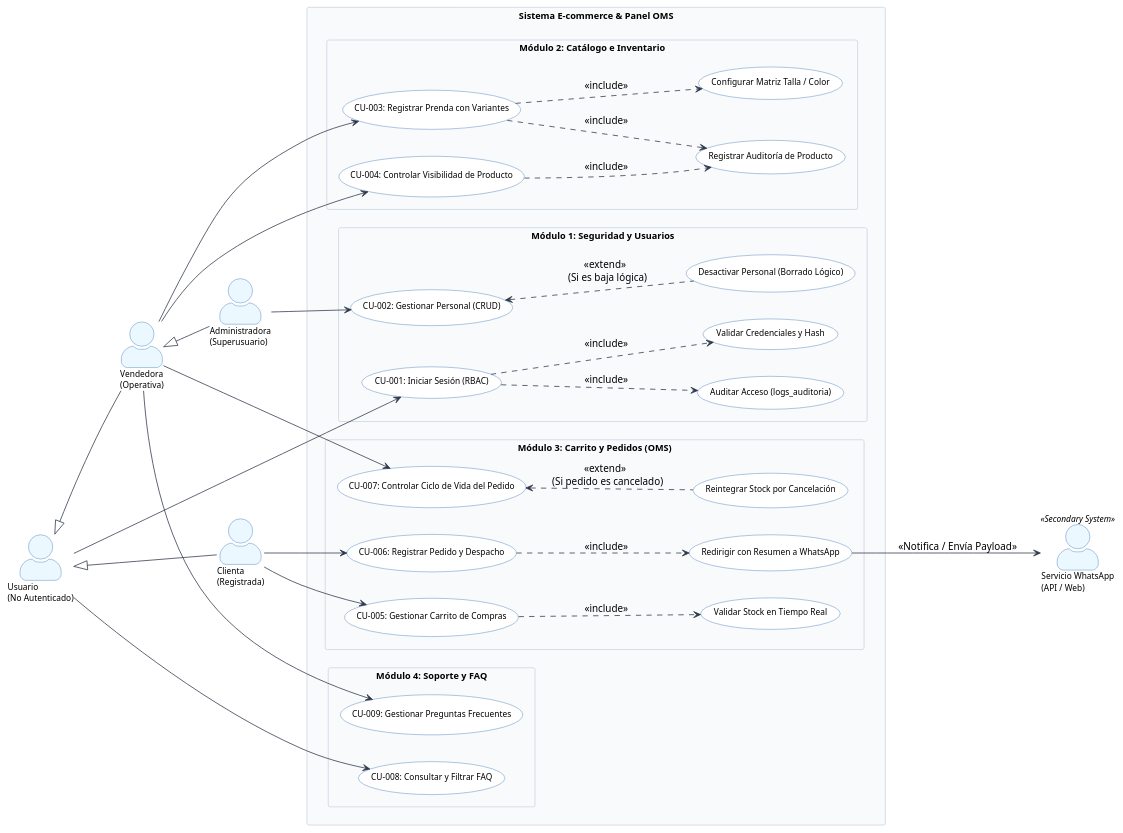
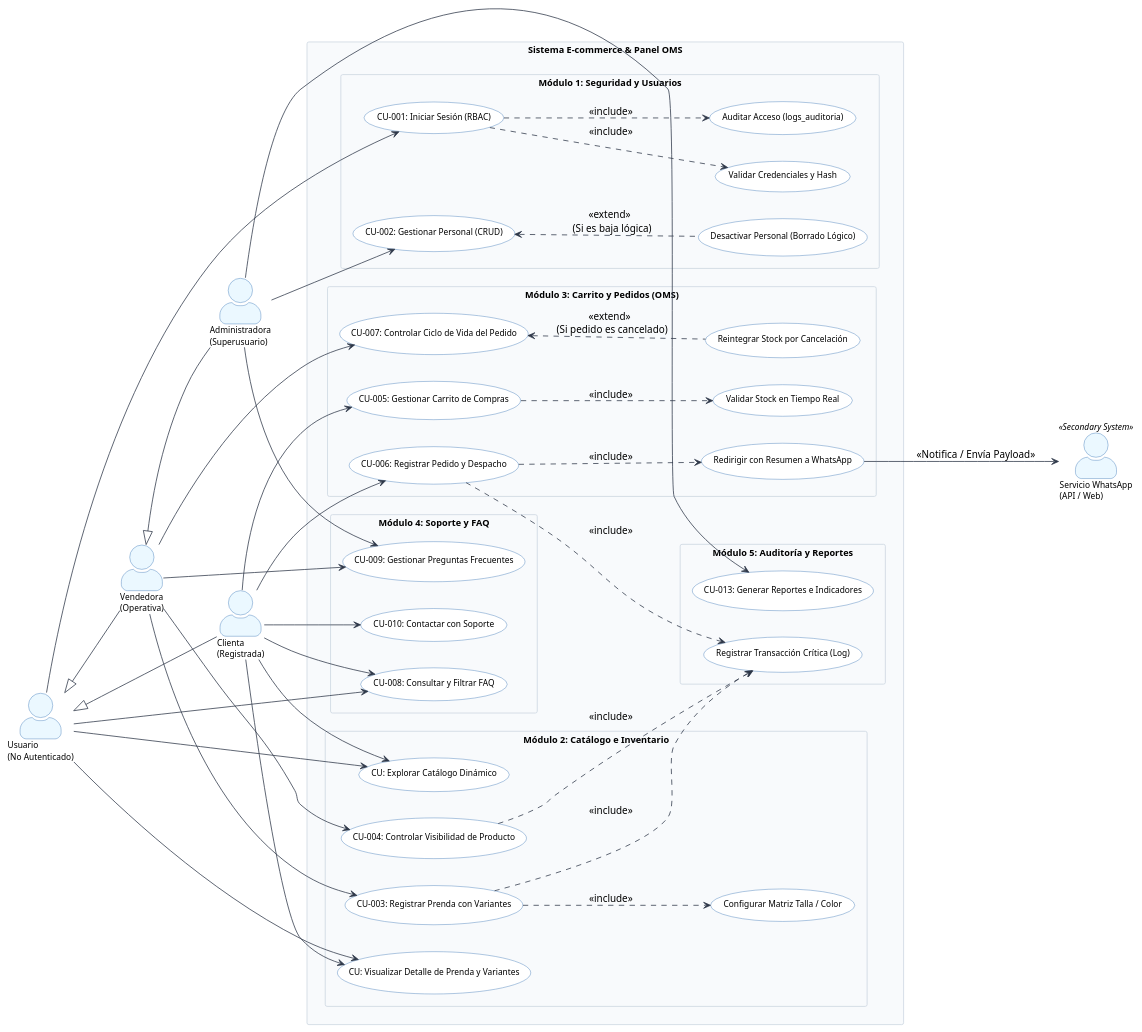
The diagram in docs/Casos de uso/casosdeuso.puml (holo-t-leds/Concepto-OneStyle-Mariana), drawn with PlantUML before and after one commit. The commit also changed 3 other files, not shown here.

Commit message:
Trazabilidad: Alineación de arquitectura UML y DDL con la matriz de 33 RFs

```diff
--- a/docs/Casos de uso/casosdeuso.puml
+++ b/docs/Casos de uso/casosdeuso.puml
@@ -1,128 +1,151 @@
 @startuml Diagrama_Casos_de_Uso_Ecommerce_OMS
 left to right direction
 skinparam packageStyle rectangle
 skinparam shadowing false
 skinparam actorStyle awesome
 
 ' Definición de Estilos Visuales
 skinparam usecase {
     BackgroundColor #FFFFFF
     BorderColor #2B6CB0
     ArrowColor #2D3748
     FontName Arial
     FontSize 11
 }
 
 skinparam actor {
     BackgroundColor #EBF8FF
     BorderColor #2B6CB0
     FontName Arial
     FontSize 11
 }
 
 skinparam rectangle {
     BackgroundColor #F8FAFC
     BorderColor #CBD5E0
     FontName Arial
     FontSize 12
     FontStyle bold
 }
 
 ' ==========================================
 ' ACTORES DEL SISTEMA
 ' ==========================================
 actor "Usuario\n(No Autenticado)" as user_anon
 actor "Clienta\n(Registrada)" as clienta
 actor "Vendedora\n(Operativa)" as vendedora
 actor "Administradora\n(Superusuario)" as admin
 
 ' Jerarquía / Generalización de Actores
 vendedora -up-|> user_anon
 clienta -up-|> user_anon
 admin -up-|> vendedora
 
 ' Actor Secundario Externo
 actor "Servicio WhatsApp\n(API / Web)" as whatsapp <<Secondary System>>
 
 ' ==========================================
 ' LÍMITE DEL SISTEMA (BOUNDARY)
 ' ==========================================
 rectangle "Sistema E-commerce & Panel OMS" {
 
     ' ------------------------------------------
     ' MÓDULO 1: SEGURIDAD Y CONTROL DE ACCESO
     ' ------------------------------------------
     package "Módulo 1: Seguridad y Usuarios" {
         usecase "CU-001: Iniciar Sesión (RBAC)" as CU01
         usecase "CU-002: Gestionar Personal (CRUD)" as CU02
         usecase "Validar Credenciales y Hash" as CU01_Val
         usecase "Auditar Acceso (logs_auditoria)" as CU01_Log
         usecase "Desactivar Personal (Borrado Lógico)" as CU02_Desact
 
         CU01 ..> CU01_Val : <<include>>
         CU01 ..> CU01_Log : <<include>>
         CU02 <.. CU02_Desact : <<extend>> \n (Si es baja lógica)
     }
 
     ' ------------------------------------------
     ' MÓDULO 2: CATÁLOGO E INVENTARIO
     ' ------------------------------------------
     package "Módulo 2: Catálogo e Inventario" {
+        usecase "CU: Explorar Catálogo Dinámico" as CU_Explorar_Cat
+        usecase "CU: Visualizar Detalle de Prenda y Variantes" as CU_Ver_Detalle
         usecase "CU-003: Registrar Prenda con Variantes" as CU03
         usecase "CU-004: Controlar Visibilidad de Producto" as CU04
         usecase "Configurar Matriz Talla / Color" as CU03_Matriz
-        usecase "Registrar Auditoría de Producto" as CU_Auditoria
 
         CU03 ..> CU03_Matriz : <<include>>
-        CU03 ..> CU_Auditoria : <<include>>
-        CU04 ..> CU_Auditoria : <<include>>
     }
 
     ' ------------------------------------------
     ' MÓDULO 3: CARRITO Y PEDIDOS (OMS)
     ' ------------------------------------------
     package "Módulo 3: Carrito y Pedidos (OMS)" {
         usecase "CU-005: Gestionar Carrito de Compras" as CU05
         usecase "CU-006: Registrar Pedido y Despacho" as CU06
         usecase "CU-007: Controlar Ciclo de Vida del Pedido" as CU07
         usecase "Validar Stock en Tiempo Real" as CU05_Stock
         usecase "Redirigir con Resumen a WhatsApp" as CU06_WA
         usecase "Reintegrar Stock por Cancelación" as CU07_Reintegrar
 
         CU05 ..> CU05_Stock : <<include>>
         CU06 ..> CU06_WA : <<include>>
         CU07 <.. CU07_Reintegrar : <<extend>> \n (Si pedido es cancelado)
     }
 
     ' ------------------------------------------
     ' MÓDULO 4: SOPORTE Y PREGUNTAS FRECUENTES
     ' ------------------------------------------
     package "Módulo 4: Soporte y FAQ" {
         usecase "CU-008: Consultar y Filtrar FAQ" as CU08
         usecase "CU-009: Gestionar Preguntas Frecuentes" as CU09
+        usecase "CU-010: Contactar con Soporte" as CU10
+    }
+
+    ' ------------------------------------------
+    ' MÓDULO 5: AUDITORÍA Y REPORTES
+    ' ------------------------------------------
+    package "Módulo 5: Auditoría y Reportes" {
+        usecase "Registrar Transacción Crítica (Log)" as CU_Auditoria
+        usecase "CU-013: Generar Reportes e Indicadores" as CU13
     }
 }
 
 ' ==========================================
 ' ASOCIACIONES: ACTORES -> CASOS DE USO
 ' ==========================================
 
+' Auditoría
+CU03 ..> CU_Auditoria : <<include>>
+CU04 ..> CU_Auditoria : <<include>>
+CU06 ..> CU_Auditoria : <<include>>
+
 ' Seguridad y Usuarios
 user_anon --> CU01
 admin --> CU02
 
 ' Catálogo e Inventario
+user_anon --> CU_Explorar_Cat
+user_anon --> CU_Ver_Detalle
+clienta --> CU_Explorar_Cat
+clienta --> CU_Ver_Detalle
 vendedora --> CU03
 vendedora --> CU04
 
 ' Carrito y Pedidos
 clienta --> CU05
 clienta --> CU06
 vendedora --> CU07
 CU06_WA --> whatsapp : <<Notifica / Envía Payload>>
 
 ' Soporte y FAQ
 user_anon --> CU08
+clienta --> CU08
+clienta --> CU10
 vendedora --> CU09
+admin --> CU09
+
+' Reportes
+admin --> CU13
 
 @enduml
```
